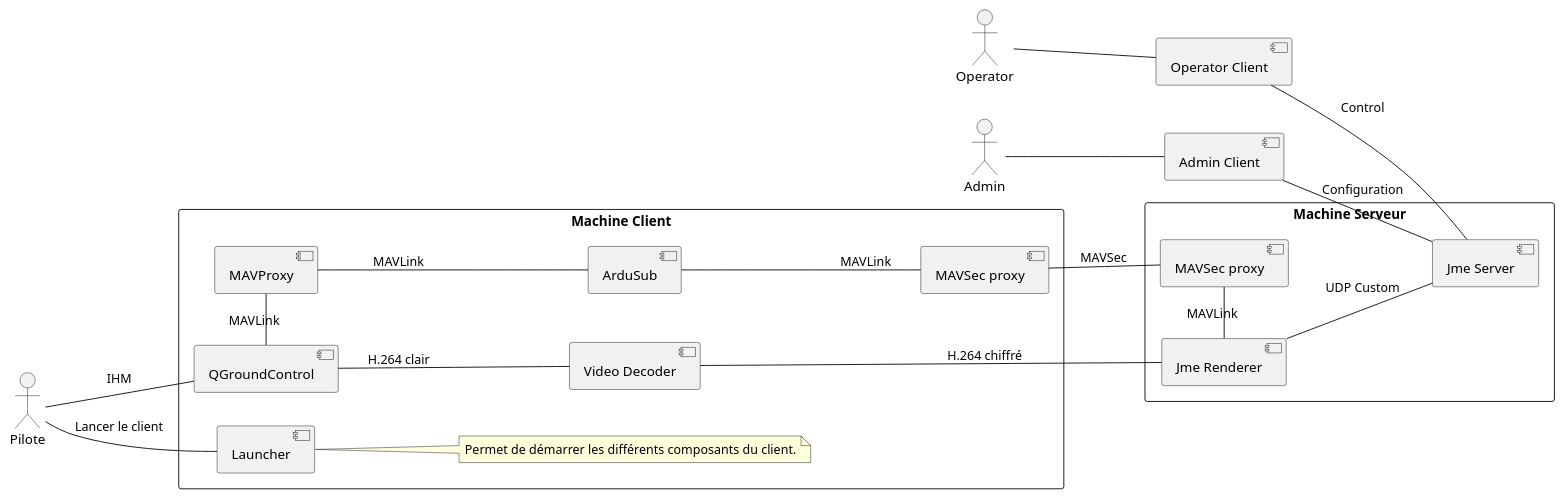
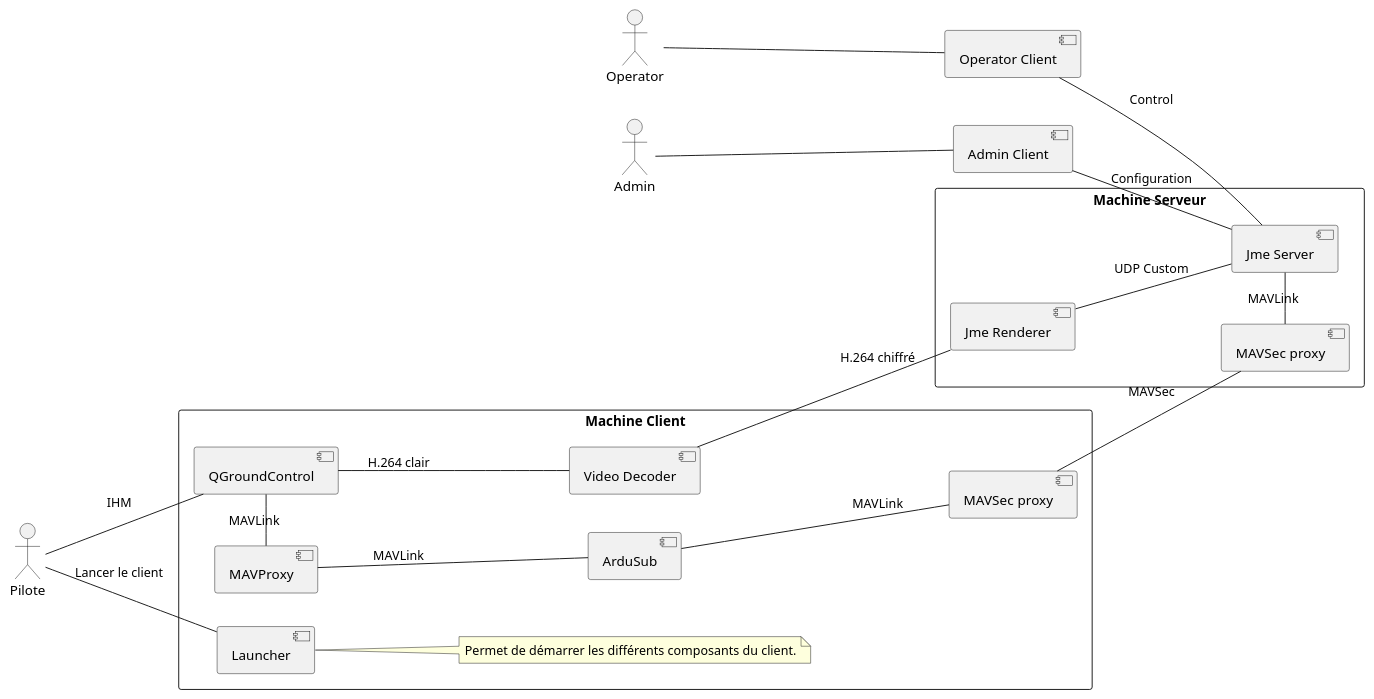
Before and after one commit to tombartos/SAE-DRONE: the diagram in doc/ardupilot_server_components.puml, drawn with PlantUML. The commit also changed 1 other file, not shown here.

Commit message:
updated connexions protocols and schemas in the two components diagrams

```diff
--- a/doc/ardupilot_server_components.puml
+++ b/doc/ardupilot_server_components.puml
@@ -1,48 +1,48 @@
 @startuml
 
 left to right direction
 
 actor Pilote
 actor Operator
 actor Admin
 
 rectangle "Machine Client" {
     component Launcher
     component "Video Decoder" as VideoDecoder
     component QGroundControl
     component MAVProxy
     component ArduSub
     component "MAVSec proxy" as SecProxy1
 
     Pilote -- QGroundControl : IHM
     Pilote -- Launcher : Lancer le client
     note right of Launcher
         Permet de démarrer les différents composants du client.
     end note
     QGroundControl -left- MAVProxy : MAVLink
     MAVProxy -- ArduSub : MAVLink
     ArduSub -- SecProxy1 : MAVLink
 }
 
 component "Operator Client" as OperatorClient
 component "Admin Client" as AdminClient
 
 rectangle "Machine Serveur" {
     component "MAVSec proxy" as SecProxy2
     component "Video Decoder" as JmeRenderer
     component "Jme Renderer" as JmeRenderer
     component "Jme Server" as JmeServer
 
-    SecProxy2 -left- JmeRenderer : MAVLink
+    SecProxy2 -left- JmeServer : MAVLink
     JmeRenderer -- JmeServer : UDP Custom
     OperatorClient -- JmeServer : Control
     AdminClient -- JmeServer : Configuration
 }
 
 SecProxy1 -- SecProxy2 : MAVSec
 QGroundControl -- VideoDecoder : H.264 clair
 VideoDecoder -- JmeRenderer : H.264 chiffré
 Operator -- OperatorClient
 Admin -- AdminClient
 
 @enduml
```
